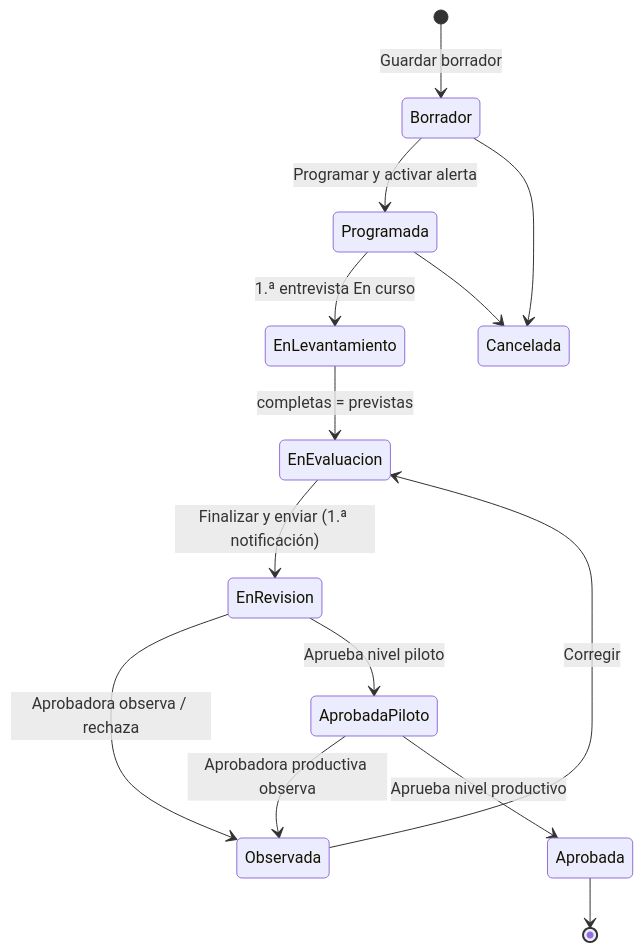
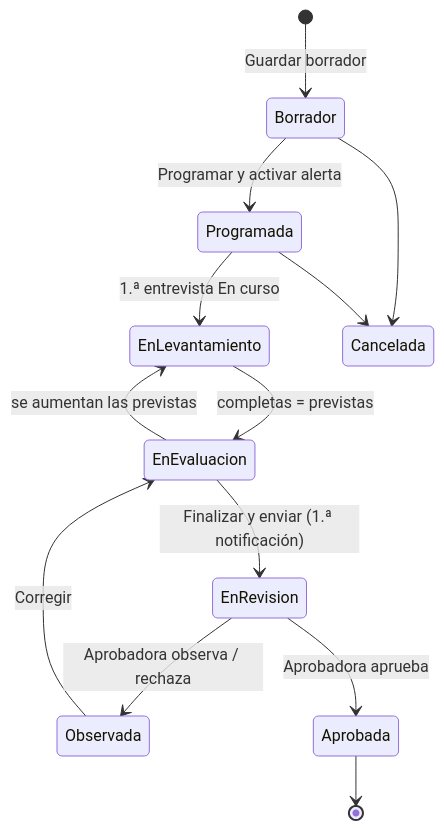
The second of 3 diagrams in docs/diseno-verificacion-uso.md (Biomont-Soluciones-Agiles/verificaciones-uso), drawn with Mermaid before and after one commit. The commit also changed other lines of this file and 47 other files, not shown here.

````diff
--- a/docs/diseno-verificacion-uso.md
+++ b/docs/diseno-verificacion-uso.md
@@ -282,16 +293,15 @@
 ```mermaid
 stateDiagram-v2
     [*] --> Borrador : Guardar borrador
     Borrador --> Programada : Programar y activar alerta
     Programada --> EnLevantamiento : 1.ª entrevista En curso
     EnLevantamiento --> EnEvaluacion : completas = previstas
+    EnEvaluacion --> EnLevantamiento : se aumentan las previstas
     EnEvaluacion --> EnRevision : Finalizar y enviar (1.ª notificación)
     EnRevision --> Observada : Aprobadora observa / rechaza
-    AprobadaPiloto --> Observada : Aprobadora productiva observa
     Observada --> EnEvaluacion : Corregir
-    EnRevision --> AprobadaPiloto : Aprueba nivel piloto
-    AprobadaPiloto --> Aprobada : Aprueba nivel productivo
+    EnRevision --> Aprobada : Aprobadora aprueba
     Borrador --> Cancelada
     Programada --> Cancelada
     Aprobada --> [*]
 ```
````
